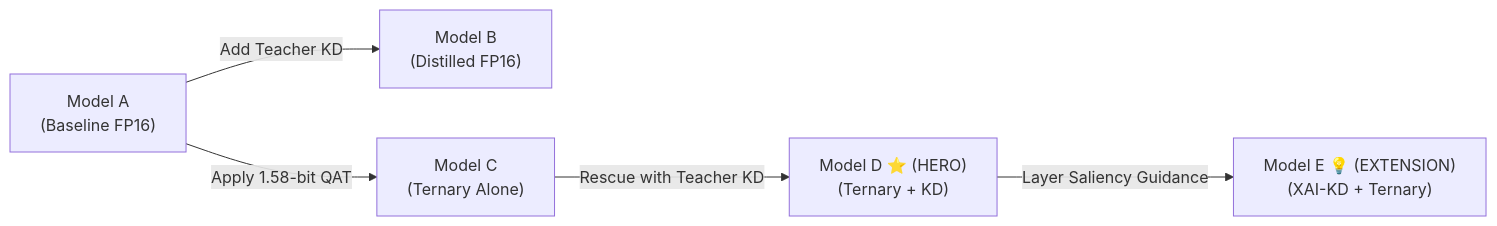
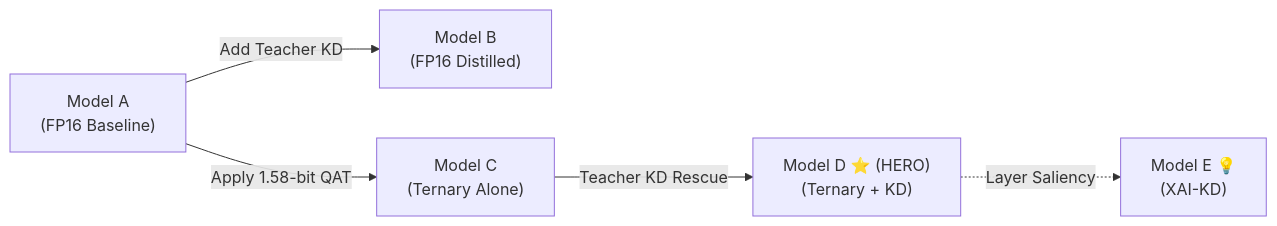
Before and after one commit to Mayank-Rana1/llm_quantization: the second of 2 diagrams in README.md, drawn with Mermaid. The commit also changed other lines of this file, not shown here.

Commit message:
docs: streamline architecture diagrams to compact left-to-right flow without accordions

````diff
--- a/README.md
+++ b/README.md
@@ -87,7 +43,7 @@
 ```mermaid
 graph LR
-    A["Model A\n(Baseline FP16)"] -->|Add Teacher KD| B["Model B\n(Distilled FP16)"]
+    A["Model A\n(FP16 Baseline)"] -->|Add Teacher KD| B["Model B\n(FP16 Distilled)"]
     A -->|Apply 1.58-bit QAT| C["Model C\n(Ternary Alone)"]
-    C -->|Rescue with Teacher KD| D["Model D ⭐ (HERO)\n(Ternary + KD)"]
-    D -->|Layer Saliency Guidance| E["Model E 💡 (EXTENSION)\n(XAI-KD + Ternary)"]
+    C -->|Teacher KD Rescue| D["Model D ⭐ (HERO)\n(Ternary + KD)"]
+    D -.->|Layer Saliency| E["Model E 💡\n(XAI-KD)"]
 ```
````
